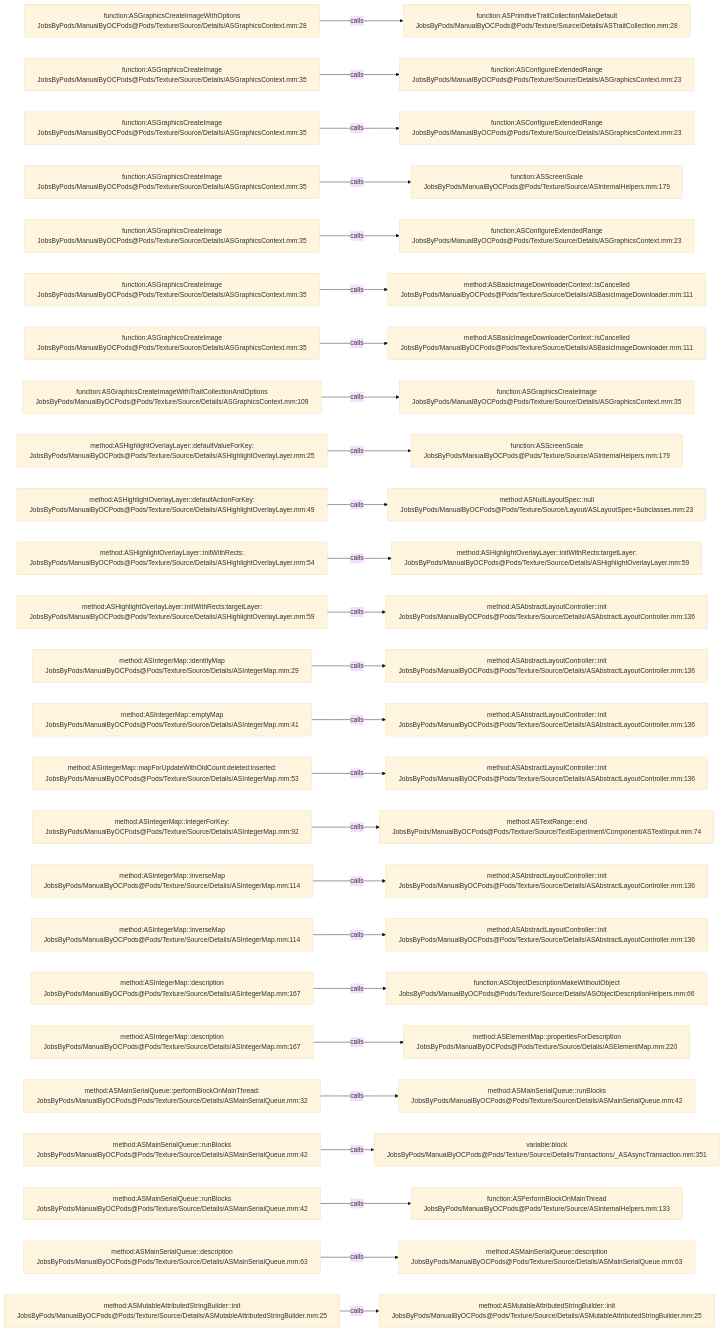
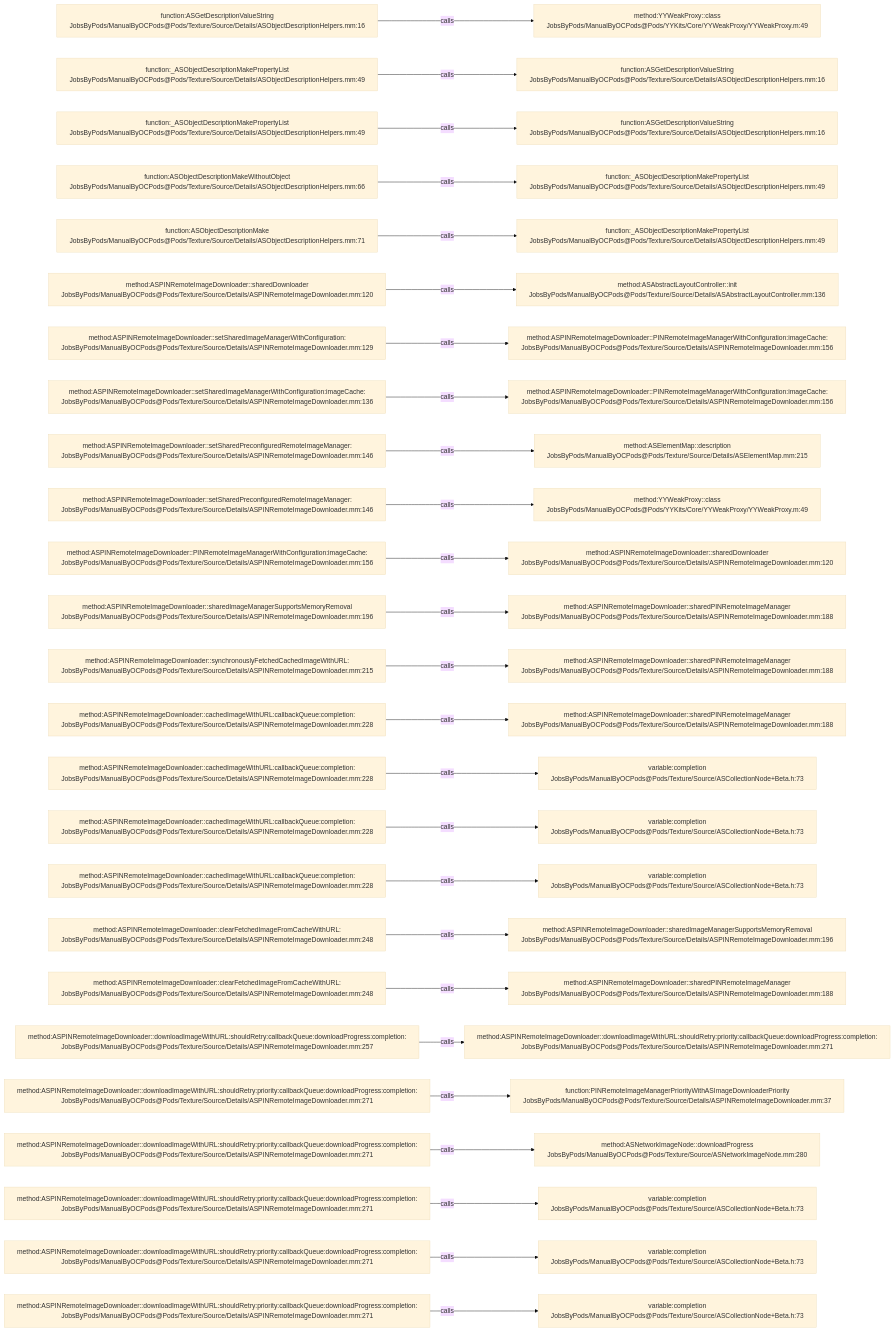
Before and after one commit to JobsKits/JobsOCBaseConfigDemo: the diagram in .codegraph/codegraph.md/graphs/calls-159.md, drawn with Mermaid (base theme). The commit also changed 1353 other files, not shown here.

````diff
--- a/.codegraph/codegraph.md/graphs/calls-159.md
+++ b/.codegraph/codegraph.md/graphs/calls-159.md
@@ -13,78 +13,78 @@
 ```mermaid
 flowchart LR
-  S1["function:ASGraphicsCreateImageWithOptions<br/>JobsByPods/ManualByOCPods@Pods/Texture/Source/Details/ASGraphicsContext.mm:28"]
-  T1["function:ASPrimitiveTraitCollectionMakeDefault<br/>JobsByPods/ManualByOCPods@Pods/Texture/Source/Details/ASTraitCollection.mm:28"]
+  S1["function:ASGetDescriptionValueString<br/>JobsByPods/ManualByOCPods@Pods/Texture/Source/Details/ASObjectDescriptionHelpers.mm:16"]
+  T1["method:YYWeakProxy::class<br/>JobsByPods/ManualByOCPods@Pods/YYKits/Core/YYWeakProxy/YYWeakProxy.m:49"]
   S1 -->|calls| T1
-  S2["function:ASGraphicsCreateImage<br/>JobsByPods/ManualByOCPods@Pods/Texture/Source/Details/ASGraphicsContext.mm:35"]
-  T2["function:ASConfigureExtendedRange<br/>JobsByPods/ManualByOCPods@Pods/Texture/Source/Details/ASGraphicsContext.mm:23"]
+  S2["function:_ASObjectDescriptionMakePropertyList<br/>JobsByPods/ManualByOCPods@Pods/Texture/Source/Details/ASObjectDescriptionHelpers.mm:49"]
+  T2["function:ASGetDescriptionValueString<br/>JobsByPods/ManualByOCPods@Pods/Texture/Source/Details/ASObjectDescriptionHelpers.mm:16"]
   S2 -->|calls| T2
-  S3["function:ASGraphicsCreateImage<br/>JobsByPods/ManualByOCPods@Pods/Texture/Source/Details/ASGraphicsContext.mm:35"]
-  T3["function:ASConfigureExtendedRange<br/>JobsByPods/ManualByOCPods@Pods/Texture/Source/Details/ASGraphicsContext.mm:23"]
+  S3["function:_ASObjectDescriptionMakePropertyList<br/>JobsByPods/ManualByOCPods@Pods/Texture/Source/Details/ASObjectDescriptionHelpers.mm:49"]
+  T3["function:ASGetDescriptionValueString<br/>JobsByPods/ManualByOCPods@Pods/Texture/Source/Details/ASObjectDescriptionHelpers.mm:16"]
   S3 -->|calls| T3
-  S4["function:ASGraphicsCreateImage<br/>JobsByPods/ManualByOCPods@Pods/Texture/Source/Details/ASGraphicsContext.mm:35"]
-  T4["function:ASScreenScale<br/>JobsByPods/ManualByOCPods@Pods/Texture/Source/ASInternalHelpers.mm:179"]
+  S4["function:ASObjectDescriptionMakeWithoutObject<br/>JobsByPods/ManualByOCPods@Pods/Texture/Source/Details/ASObjectDescriptionHelpers.mm:66"]
+  T4["function:_ASObjectDescriptionMakePropertyList<br/>JobsByPods/ManualByOCPods@Pods/Texture/Source/Details/ASObjectDescriptionHelpers.mm:49"]
   S4 -->|calls| T4
-  S5["function:ASGraphicsCreateImage<br/>JobsByPods/ManualByOCPods@Pods/Texture/Source/Details/ASGraphicsContext.mm:35"]
-  T5["function:ASConfigureExtendedRange<br/>JobsByPods/ManualByOCPods@Pods/Texture/Source/Details/ASGraphicsContext.mm:23"]
+  S5["function:ASObjectDescriptionMake<br/>JobsByPods/ManualByOCPods@Pods/Texture/Source/Details/ASObjectDescriptionHelpers.mm:71"]
+  T5["function:_ASObjectDescriptionMakePropertyList<br/>JobsByPods/ManualByOCPods@Pods/Texture/Source/Details/ASObjectDescriptionHelpers.mm:49"]
   S5 -->|calls| T5
-  S6["function:ASGraphicsCreateImage<br/>JobsByPods/ManualByOCPods@Pods/Texture/Source/Details/ASGraphicsContext.mm:35"]
-  T6["method:ASBasicImageDownloaderContext::isCancelled<br/>JobsByPods/ManualByOCPods@Pods/Texture/Source/Details/ASBasicImageDownloader.mm:111"]
+  S6["method:ASPINRemoteImageDownloader::sharedDownloader<br/>JobsByPods/ManualByOCPods@Pods/Texture/Source/Details/ASPINRemoteImageDownloader.mm:120"]
+  T6["method:ASAbstractLayoutController::init<br/>JobsByPods/ManualByOCPods@Pods/Texture/Source/Details/ASAbstractLayoutController.mm:136"]
   S6 -->|calls| T6
-  S7["function:ASGraphicsCreateImage<br/>JobsByPods/ManualByOCPods@Pods/Texture/Source/Details/ASGraphicsContext.mm:35"]
-  T7["method:ASBasicImageDownloaderContext::isCancelled<br/>JobsByPods/ManualByOCPods@Pods/Texture/Source/Details/ASBasicImageDownloader.mm:111"]
+  S7["method:ASPINRemoteImageDownloader::setSharedImageManagerWithConfiguration:<br/>JobsByPods/ManualByOCPods@Pods/Texture/Source/Details/ASPINRemoteImageDownloader.mm:129"]
+  T7["method:ASPINRemoteImageDownloader::PINRemoteImageManagerWithConfiguration:imageCache:<br/>JobsByPods/ManualByOCPods@Pods/Texture/Source/Details/ASPINRemoteImageDownloader.mm:156"]
   S7 -->|calls| T7
-  S8["function:ASGraphicsCreateImageWithTraitCollectionAndOptions<br/>JobsByPods/ManualByOCPods@Pods/Texture/Source/Details/ASGraphicsContext.mm:109"]
-  T8["function:ASGraphicsCreateImage<br/>JobsByPods/ManualByOCPods@Pods/Texture/Source/Details/ASGraphicsContext.mm:35"]
+  S8["method:ASPINRemoteImageDownloader::setSharedImageManagerWithConfiguration:imageCache:<br/>JobsByPods/ManualByOCPods@Pods/Texture/Source/Details/ASPINRemoteImageDownloader.mm:136"]
+  T8["method:ASPINRemoteImageDownloader::PINRemoteImageManagerWithConfiguration:imageCache:<br/>JobsByPods/ManualByOCPods@Pods/Texture/Source/Details/ASPINRemoteImageDownloader.mm:156"]
   S8 -->|calls| T8
-  S9["method:ASHighlightOverlayLayer::defaultValueForKey:<br/>JobsByPods/ManualByOCPods@Pods/Texture/Source/Details/ASHighlightOverlayLayer.mm:25"]
-  T9["function:ASScreenScale<br/>JobsByPods/ManualByOCPods@Pods/Texture/Source/ASInternalHelpers.mm:179"]
+  S9["method:ASPINRemoteImageDownloader::setSharedPreconfiguredRemoteImageManager:<br/>JobsByPods/ManualByOCPods@Pods/Texture/Source/Details/ASPINRemoteImageDownloader.mm:146"]
+  T9["method:ASElementMap::description<br/>JobsByPods/ManualByOCPods@Pods/Texture/Source/Details/ASElementMap.mm:215"]
   S9 -->|calls| T9
-  S10["method:ASHighlightOverlayLayer::defaultActionForKey:<br/>JobsByPods/ManualByOCPods@Pods/Texture/Source/Details/ASHighlightOverlayLayer.mm:49"]
-  T10["method:ASNullLayoutSpec::null<br/>JobsByPods/ManualByOCPods@Pods/Texture/Source/Layout/ASLayoutSpec+Subclasses.mm:23"]
+  S10["method:ASPINRemoteImageDownloader::setSharedPreconfiguredRemoteImageManager:<br/>JobsByPods/ManualByOCPods@Pods/Texture/Source/Details/ASPINRemoteImageDownloader.mm:146"]
+  T10["method:YYWeakProxy::class<br/>JobsByPods/ManualByOCPods@Pods/YYKits/Core/YYWeakProxy/YYWeakProxy.m:49"]
   S10 -->|calls| T10
-  S11["method:ASHighlightOverlayLayer::initWithRects:<br/>JobsByPods/ManualByOCPods@Pods/Texture/Source/Details/ASHighlightOverlayLayer.mm:54"]
-  T11["method:ASHighlightOverlayLayer::initWithRects:targetLayer:<br/>JobsByPods/ManualByOCPods@Pods/Texture/Source/Details/ASHighlightOverlayLayer.mm:59"]
+  S11["method:ASPINRemoteImageDownloader::PINRemoteImageManagerWithConfiguration:imageCache:<br/>JobsByPods/ManualByOCPods@Pods/Texture/Source/Details/ASPINRemoteImageDownloader.mm:156"]
+  T11["method:ASPINRemoteImageDownloader::sharedDownloader<br/>JobsByPods/ManualByOCPods@Pods/Texture/Source/Details/ASPINRemoteImageDownloader.mm:120"]
   S11 -->|calls| T11
-  S12["method:ASHighlightOverlayLayer::initWithRects:targetLayer:<br/>JobsByPods/ManualByOCPods@Pods/Texture/Source/Details/ASHighlightOverlayLayer.mm:59"]
-  T12["method:ASAbstractLayoutController::init<br/>JobsByPods/ManualByOCPods@Pods/Texture/Source/Details/ASAbstractLayoutController.mm:136"]
+  S12["method:ASPINRemoteImageDownloader::sharedImageManagerSupportsMemoryRemoval<br/>JobsByPods/ManualByOCPods@Pods/Texture/Source/Details/ASPINRemoteImageDownloader.mm:196"]
+  T12["method:ASPINRemoteImageDownloader::sharedPINRemoteImageManager<br/>JobsByPods/ManualByOCPods@Pods/Texture/Source/Details/ASPINRemoteImageDownloader.mm:188"]
   S12 -->|calls| T12
-  S13["method:ASIntegerMap::identityMap<br/>JobsByPods/ManualByOCPods@Pods/Texture/Source/Details/ASIntegerMap.mm:29"]
-  T13["method:ASAbstractLayoutController::init<br/>JobsByPods/ManualByOCPods@Pods/Texture/Source/Details/ASAbstractLayoutController.mm:136"]
+  S13["method:ASPINRemoteImageDownloader::synchronouslyFetchedCachedImageWithURL:<br/>JobsByPods/ManualByOCPods@Pods/Texture/Source/Details/ASPINRemoteImageDownloader.mm:215"]
+  T13["method:ASPINRemoteImageDownloader::sharedPINRemoteImageManager<br/>JobsByPods/ManualByOCPods@Pods/Texture/Source/Details/ASPINRemoteImageDownloader.mm:188"]
   S13 -->|calls| T13
-  S14["method:ASIntegerMap::emptyMap<br/>JobsByPods/ManualByOCPods@Pods/Texture/Source/Details/ASIntegerMap.mm:41"]
-  T14["method:ASAbstractLayoutController::init<br/>JobsByPods/ManualByOCPods@Pods/Texture/Source/Details/ASAbstractLayoutController.mm:136"]
+  S14["method:ASPINRemoteImageDownloader::cachedImageWithURL:callbackQueue:completion:<br/>JobsByPods/ManualByOCPods@Pods/Texture/Source/Details/ASPINRemoteImageDownloader.mm:228"]
+  T14["method:ASPINRemoteImageDownloader::sharedPINRemoteImageManager<br/>JobsByPods/ManualByOCPods@Pods/Texture/Source/Details/ASPINRemoteImageDownloader.mm:188"]
   S14 -->|calls| T14
-  S15["method:ASIntegerMap::mapForUpdateWithOldCount:deleted:inserted:<br/>JobsByPods/ManualByOCPods@Pods/Texture/Source/Details/ASIntegerMap.mm:53"]
-  T15["method:ASAbstractLayoutController::init<br/>JobsByPods/ManualByOCPods@Pods/Texture/Source/Details/ASAbstractLayoutController.mm:136"]
+  S15["method:ASPINRemoteImageDownloader::cachedImageWithURL:callbackQueue:completion:<br/>JobsByPods/ManualByOCPods@Pods/Texture/Source/Details/ASPINRemoteImageDownloader.mm:228"]
+  T15["variable:completion<br/>JobsByPods/ManualByOCPods@Pods/Texture/Source/ASCollectionNode+Beta.h:73"]
   S15 -->|calls| T15
-  S16["method:ASIntegerMap::integerForKey:<br/>JobsByPods/ManualByOCPods@Pods/Texture/Source/Details/ASIntegerMap.mm:92"]
-  T16["method:ASTextRange::end<br/>JobsByPods/ManualByOCPods@Pods/Texture/Source/TextExperiment/Component/ASTextInput.mm:74"]
+  S16["method:ASPINRemoteImageDownloader::cachedImageWithURL:callbackQueue:completion:<br/>JobsByPods/ManualByOCPods@Pods/Texture/Source/Details/ASPINRemoteImageDownloader.mm:228"]
+  T16["variable:completion<br/>JobsByPods/ManualByOCPods@Pods/Texture/Source/ASCollectionNode+Beta.h:73"]
   S16 -->|calls| T16
-  S17["method:ASIntegerMap::inverseMap<br/>JobsByPods/ManualByOCPods@Pods/Texture/Source/Details/ASIntegerMap.mm:114"]
-  T17["method:ASAbstractLayoutController::init<br/>JobsByPods/ManualByOCPods@Pods/Texture/Source/Details/ASAbstractLayoutController.mm:136"]
+  S17["method:ASPINRemoteImageDownloader::cachedImageWithURL:callbackQueue:completion:<br/>JobsByPods/ManualByOCPods@Pods/Texture/Source/Details/ASPINRemoteImageDownloader.mm:228"]
+  T17["variable:completion<br/>JobsByPods/ManualByOCPods@Pods/Texture/Source/ASCollectionNode+Beta.h:73"]
   S17 -->|calls| T17
-  S18["method:ASIntegerMap::inverseMap<br/>JobsByPods/ManualByOCPods@Pods/Texture/Source/Details/ASIntegerMap.mm:114"]
-  T18["method:ASAbstractLayoutController::init<br/>JobsByPods/ManualByOCPods@Pods/Texture/Source/Details/ASAbstractLayoutController.mm:136"]
+  S18["method:ASPINRemoteImageDownloader::clearFetchedImageFromCacheWithURL:<br/>JobsByPods/ManualByOCPods@Pods/Texture/Source/Details/ASPINRemoteImageDownloader.mm:248"]
+  T18["method:ASPINRemoteImageDownloader::sharedImageManagerSupportsMemoryRemoval<br/>JobsByPods/ManualByOCPods@Pods/Texture/Source/Details/ASPINRemoteImageDownloader.mm:196"]
   S18 -->|calls| T18
-  S19["method:ASIntegerMap::description<br/>JobsByPods/ManualByOCPods@Pods/Texture/Source/Details/ASIntegerMap.mm:167"]
-  T19["function:ASObjectDescriptionMakeWithoutObject<br/>JobsByPods/ManualByOCPods@Pods/Texture/Source/Details/ASObjectDescriptionHelpers.mm:66"]
+  S19["method:ASPINRemoteImageDownloader::clearFetchedImageFromCacheWithURL:<br/>JobsByPods/ManualByOCPods@Pods/Texture/Source/Details/ASPINRemoteImageDownloader.mm:248"]
+  T19["method:ASPINRemoteImageDownloader::sharedPINRemoteImageManager<br/>JobsByPods/ManualByOCPods@Pods/Texture/Source/Details/ASPINRemoteImageDownloader.mm:188"]
   S19 -->|calls| T19
-  S20["method:ASIntegerMap::description<br/>JobsByPods/ManualByOCPods@Pods/Texture/Source/Details/ASIntegerMap.mm:167"]
-  T20["method:ASElementMap::propertiesForDescription<br/>JobsByPods/ManualByOCPods@Pods/Texture/Source/Details/ASElementMap.mm:220"]
+  S20["method:ASPINRemoteImageDownloader::downloadImageWithURL:shouldRetry:callbackQueue:downloadProgress:completion:<br/>JobsByPods/ManualByOCPods@Pods/Texture/Source/Details/ASPINRemoteImageDownloader.mm:257"]
+  T20["method:ASPINRemoteImageDownloader::downloadImageWithURL:shouldRetry:priority:callbackQueue:downloadProgress:completion:<br/>JobsByPods/ManualByOCPods@Pods/Texture/Source/Details/ASPINRemoteImageDownloader.mm:271"]
   S20 -->|calls| T20
-  S21["method:ASMainSerialQueue::performBlockOnMainThread:<br/>JobsByPods/ManualByOCPods@Pods/Texture/Source/Details/ASMainSerialQueue.mm:32"]
-  T21["method:ASMainSerialQueue::runBlocks<br/>JobsByPods/ManualByOCPods@Pods/Texture/Source/Details/ASMainSerialQueue.mm:42"]
+  S21["method:ASPINRemoteImageDownloader::downloadImageWithURL:shouldRetry:priority:callbackQueue:downloadProgress:completion:<br/>JobsByPods/ManualByOCPods@Pods/Texture/Source/Details/ASPINRemoteImageDownloader.mm:271"]
+  T21["function:PINRemoteImageManagerPriorityWithASImageDownloaderPriority<br/>JobsByPods/ManualByOCPods@Pods/Texture/Source/Details/ASPINRemoteImageDownloader.mm:37"]
   S21 -->|calls| T21
-  S22["method:ASMainSerialQueue::runBlocks<br/>JobsByPods/ManualByOCPods@Pods/Texture/Source/Details/ASMainSerialQueue.mm:42"]
-  T22["variable:block<br/>JobsByPods/ManualByOCPods@Pods/Texture/Source/Details/Transactions/_ASAsyncTransaction.mm:351"]
+  S22["method:ASPINRemoteImageDownloader::downloadImageWithURL:shouldRetry:priority:callbackQueue:downloadProgress:completion:<br/>JobsByPods/ManualByOCPods@Pods/Texture/Source/Details/ASPINRemoteImageDownloader.mm:271"]
+  T22["method:ASNetworkImageNode::downloadProgress<br/>JobsByPods/ManualByOCPods@Pods/Texture/Source/ASNetworkImageNode.mm:280"]
   S22 -->|calls| T22
-  S23["method:ASMainSerialQueue::runBlocks<br/>JobsByPods/ManualByOCPods@Pods/Texture/Source/Details/ASMainSerialQueue.mm:42"]
-  T23["function:ASPerformBlockOnMainThread<br/>JobsByPods/ManualByOCPods@Pods/Texture/Source/ASInternalHelpers.mm:133"]
+  S23["method:ASPINRemoteImageDownloader::downloadImageWithURL:shouldRetry:priority:callbackQueue:downloadProgress:completion:<br/>JobsByPods/ManualByOCPods@Pods/Texture/Source/Details/ASPINRemoteImageDownloader.mm:271"]
+  T23["variable:completion<br/>JobsByPods/ManualByOCPods@Pods/Texture/Source/ASCollectionNode+Beta.h:73"]
   S23 -->|calls| T23
-  S24["method:ASMainSerialQueue::description<br/>JobsByPods/ManualByOCPods@Pods/Texture/Source/Details/ASMainSerialQueue.mm:63"]
-  T24["method:ASMainSerialQueue::description<br/>JobsByPods/ManualByOCPods@Pods/Texture/Source/Details/ASMainSerialQueue.mm:63"]
+  S24["method:ASPINRemoteImageDownloader::downloadImageWithURL:shouldRetry:priority:callbackQueue:downloadProgress:completion:<br/>JobsByPods/ManualByOCPods@Pods/Texture/Source/Details/ASPINRemoteImageDownloader.mm:271"]
+  T24["variable:completion<br/>JobsByPods/ManualByOCPods@Pods/Texture/Source/ASCollectionNode+Beta.h:73"]
   S24 -->|calls| T24
-  S25["method:ASMutableAttributedStringBuilder::init<br/>JobsByPods/ManualByOCPods@Pods/Texture/Source/Details/ASMutableAttributedStringBuilder.mm:25"]
-  T25["method:ASMutableAttributedStringBuilder::init<br/>JobsByPods/ManualByOCPods@Pods/Texture/Source/Details/ASMutableAttributedStringBuilder.mm:25"]
+  S25["method:ASPINRemoteImageDownloader::downloadImageWithURL:shouldRetry:priority:callbackQueue:downloadProgress:completion:<br/>JobsByPods/ManualByOCPods@Pods/Texture/Source/Details/ASPINRemoteImageDownloader.mm:271"]
+  T25["variable:completion<br/>JobsByPods/ManualByOCPods@Pods/Texture/Source/ASCollectionNode+Beta.h:73"]
   S25 -->|calls| T25
 ```
````
